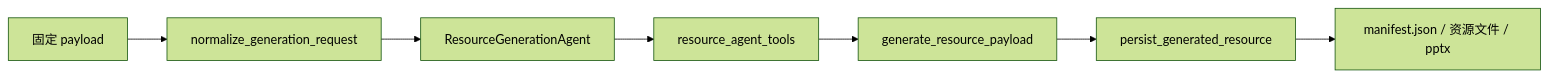
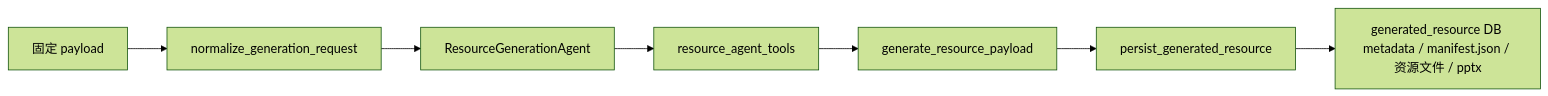
One commit to ChesterNotChest/LianJue_Backend changed the diagram in docs/resource_generation_dev_doc.md. Above: the diagram before and after it, drawn with Mermaid (forest theme). The commit also changed other lines of this file and 17 other files, not shown here.

````diff
--- a/docs/resource_generation_dev_doc.md
+++ b/docs/resource_generation_dev_doc.md
@@ -317,9 +326,9 @@
 ```mermaid
 flowchart LR
   A[固定 payload] --> B[normalize_generation_request]
   B --> C[ResourceGenerationAgent]
   C --> D[resource_agent_tools]
   D --> E[generate_resource_payload]
   E --> F[persist_generated_resource]
-  F --> G[manifest.json / 资源文件 / pptx]
+  F --> G[generated_resource DB metadata / manifest.json / 资源文件 / pptx]
 ```
````
